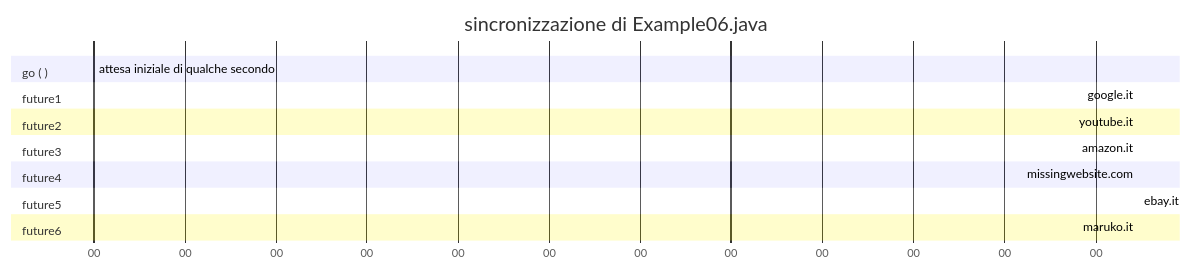
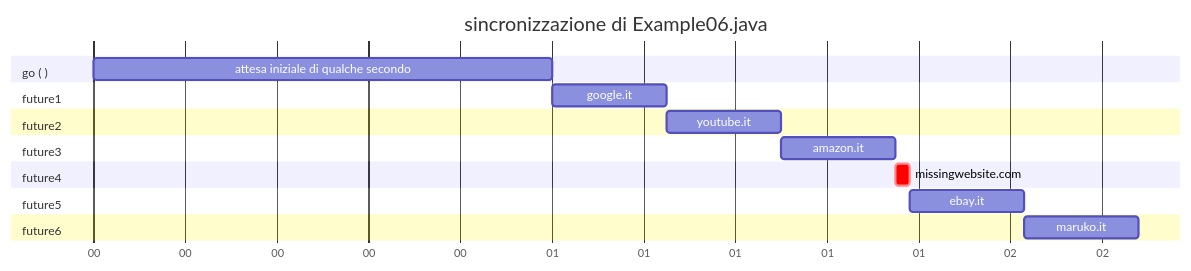
The diagram in JAVA/MARKDOWN/Example06.md (MarkGotLasagna/ingsoft), drawn with Mermaid before and after one commit. The commit also changed other lines of this file and 19 other files, not shown here.

````diff
--- a/JAVA/MARKDOWN/Example06.md
+++ b/JAVA/MARKDOWN/Example06.md
@@ -334,21 +322,21 @@
 ```mermaid
 gantt
 	dateFormat S
 	axisFormat %S
 	title sincronizzazione di Example06.java
 
 section go ( )
-	attesa iniziale di qualche secondo   :crit, done, :a,0, 1s
+	attesa iniziale di qualche secondo    :a ,0, 1s
 section future1
 	google.it    :a1, after a,250ms
 section future2
 	youtube.it    :a2, after a1 , 250ms
 section future3
 	amazon.it    :a3, after a2, 250ms
 section future4
 	missingwebsite.com    :crit, a4, after a3, 30ms
 section future5
 	ebay.it    :a5, after a4, 250ms 
 section future6
 	maruko.it    :a6, after a5, 250ms
 ```
````
